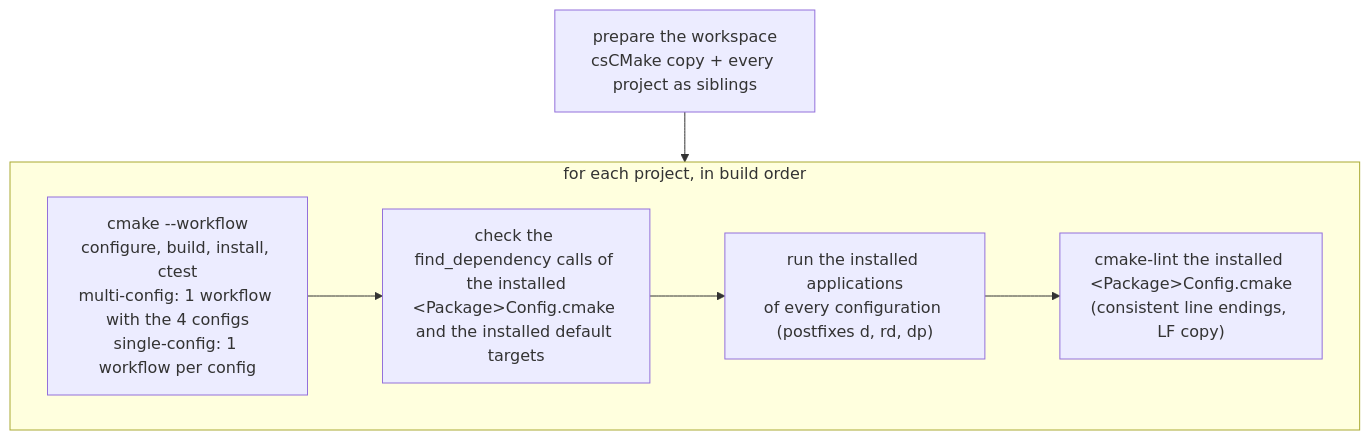
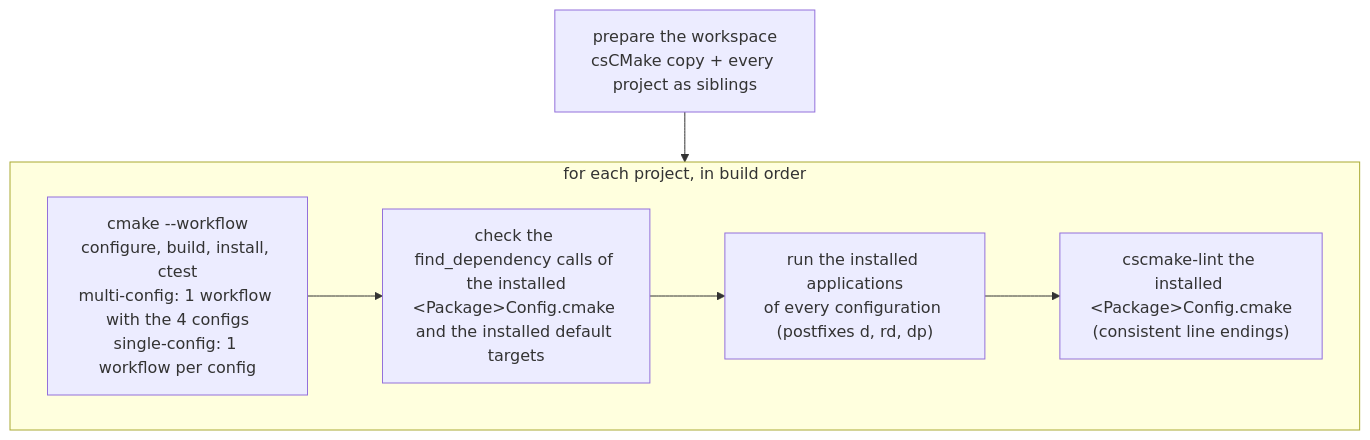
The third of 3 diagrams in docs/advanced/smoke-tests.md (cscosine/csCMake), drawn with Mermaid before and after one commit. The commit also changed other lines of this file and 56 other files, not shown here.

First line of the commit message:
Phase 4h: gersemi and cscmake-lint replace cmakelang

````diff
--- a/docs/advanced/smoke-tests.md
+++ b/docs/advanced/smoke-tests.md
@@ -97,11 +97,11 @@
 ```mermaid
 flowchart TD
     ws["prepare the workspace<br/>csCMake copy + every project as siblings"] --> loop
     subgraph loop["for each project, in build order"]
         wf["cmake --workflow<br/>configure, build, install, ctest<br/>multi-config: 1 workflow with the 4 configs<br/>single-config: 1 workflow per config"]
         deps["check the find_dependency calls of the installed<br/>&lt;Package&gt;Config.cmake and the installed default targets"]
         apps["run the installed applications<br/>of every configuration (postfixes d, rd, dp)"]
-        lint["cmake-lint the installed &lt;Package&gt;Config.cmake<br/>(consistent line endings, LF copy)"]
+        lint["cscmake-lint the installed &lt;Package&gt;Config.cmake<br/>(consistent line endings)"]
         wf --> deps --> apps --> lint
     end
 ```
````
